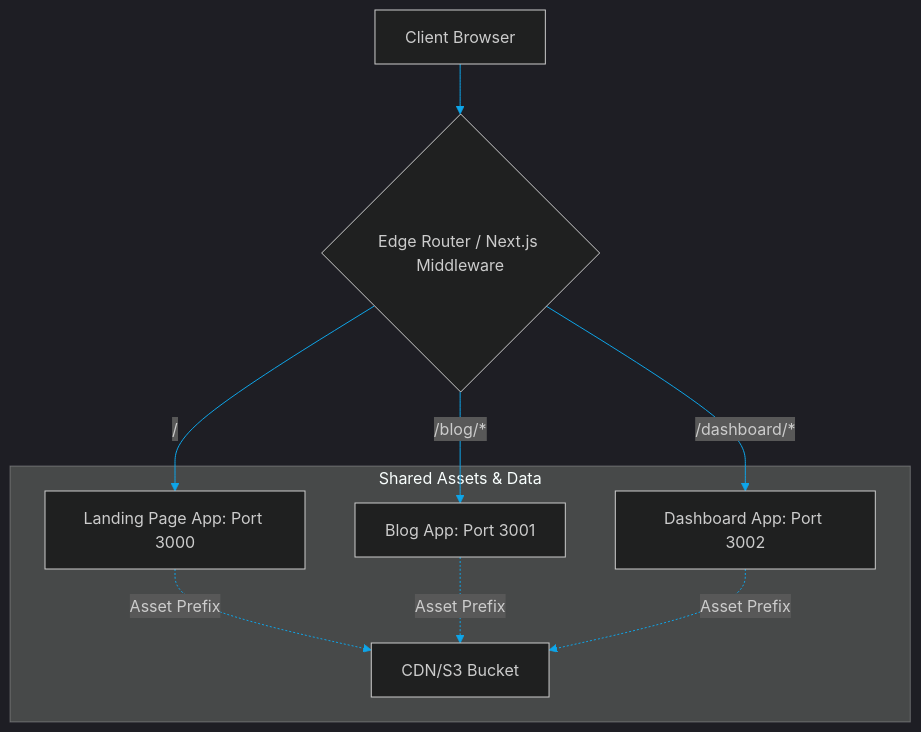
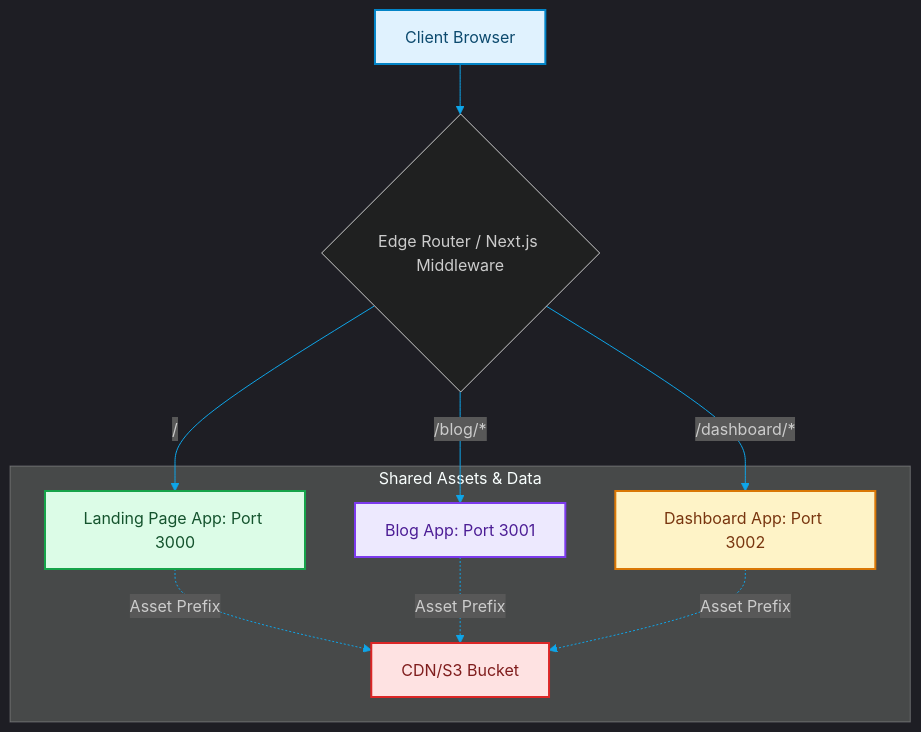
Before and after one commit to akmalkhaniub/akmalkhaniub.github.io: the diagram in blog/posts/nextjs-micro-frontends-multi-zones.md, drawn with Mermaid. The commit also changed other lines of this file and 1291 other files, not shown here.

First line of the commit message:
feat(catalog): unique covers, scholarly references, and diagram palettes

````diff
--- a/blog/posts/nextjs-micro-frontends-multi-zones.md
+++ b/blog/posts/nextjs-micro-frontends-multi-zones.md
@@ -16,14 +16,25 @@
 ```mermaid
 %%{init: {'theme': 'dark', 'themeVariables': { 'primaryColor': '#0ea5e9', 'primaryTextColor': '#f3f4f6', 'primaryBorderColor': '#38bdf8', 'lineColor': '#0ea5e9', 'secondaryColor': '#111827', 'tertiaryColor': '#0b0f19'}}}%%
 flowchart TD
-    Client[Client Browser] --> Edge{Edge Router / Next.js Middleware}
-    Edge -- / --> Landing[Landing Page App: Port 3000]
-    Edge -- /blog/* --> Blog[Blog App: Port 3001]
-    Edge -- /dashboard/* --> Dashboard[Dashboard App: Port 3002]
+    Client["Client Browser"] --> Edge{Edge Router / Next.js Middleware}
+    Edge -- / --> Landing["Landing Page App: Port 3000"]
+    Edge -- /blog/* --> Blog["Blog App: Port 3001"]
+    Edge -- /dashboard/* --> Dashboard["Dashboard App: Port 3002"]
     
     subgraph SG1_SharedAssetsData ["Shared Assets & Data"]
-        Landing -. Asset Prefix .-> S3[CDN/S3 Bucket]
+        Landing -. Asset Prefix .-> S3["CDN/S3 Bucket"]
         Blog -. Asset Prefix .-> S3
         Dashboard -. Asset Prefix .-> S3
     end
+
+classDef green fill:#dcfce7,stroke:#16a34a,stroke-width:2px,color:#14532d;
+classDef red fill:#fee2e2,stroke:#dc2626,stroke-width:2px,color:#7f1d1d;
+classDef blue fill:#e0f2fe,stroke:#0284c7,stroke-width:2px,color:#0c4a6e;
+classDef yellow fill:#fef3c7,stroke:#d97706,stroke-width:2px,color:#78350f;
+classDef purple fill:#ede9fe,stroke:#7c3aed,stroke-width:2px,color:#4c1d95;
+class Client blue
+class Landing green
+class Blog purple
+class Dashboard yellow
+class S3 red
 ```
````
